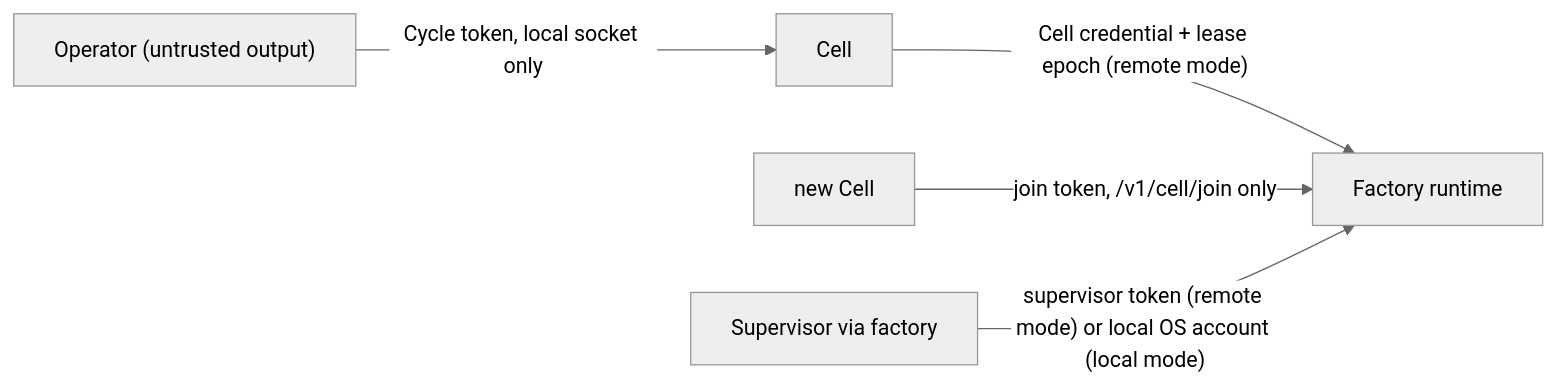
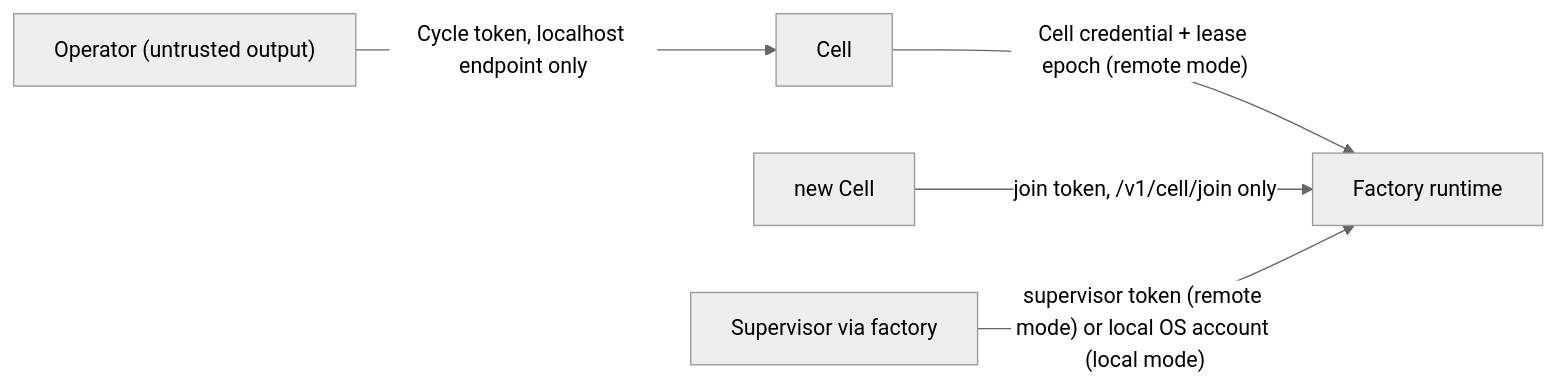
Before and after one commit to xyashino/software-factory: the second of 8 diagrams in docs/PLAN.md, drawn with Mermaid (neutral theme). The commit also changed other lines of this file and 81 other files, not shown here.

````diff
--- a/docs/PLAN.md
+++ b/docs/PLAN.md
@@ -145,7 +148,7 @@
 ```mermaid
 flowchart LR
-  A["Operator (untrusted output)"] -- "Cycle token, local socket only" --> C["Cell"]
+  A["Operator (untrusted output)"] -- "Cycle token, localhost endpoint only" --> C["Cell"]
   C -- "Cell credential + lease epoch (remote mode)" --> S["Factory runtime"]
   J["new Cell"] -- "join token, /v1/cell/join only" --> S
   U["Supervisor via factory"] -- "supervisor token (remote mode) or local OS account (local mode)" --> S
 ```
````
